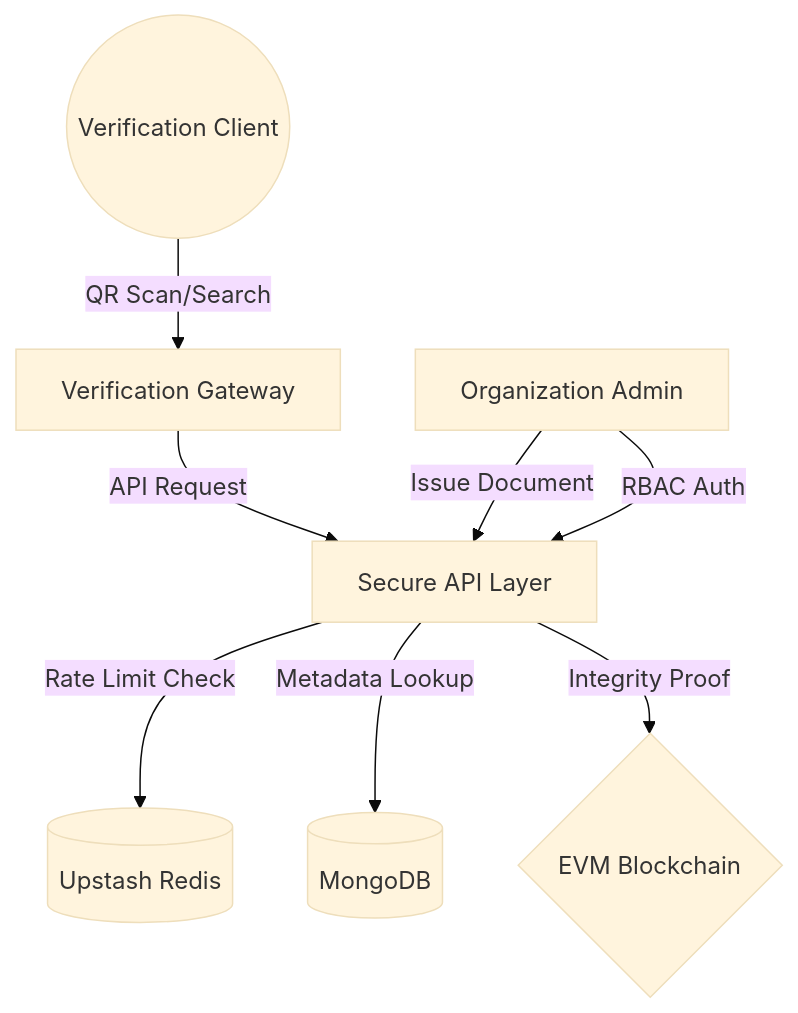
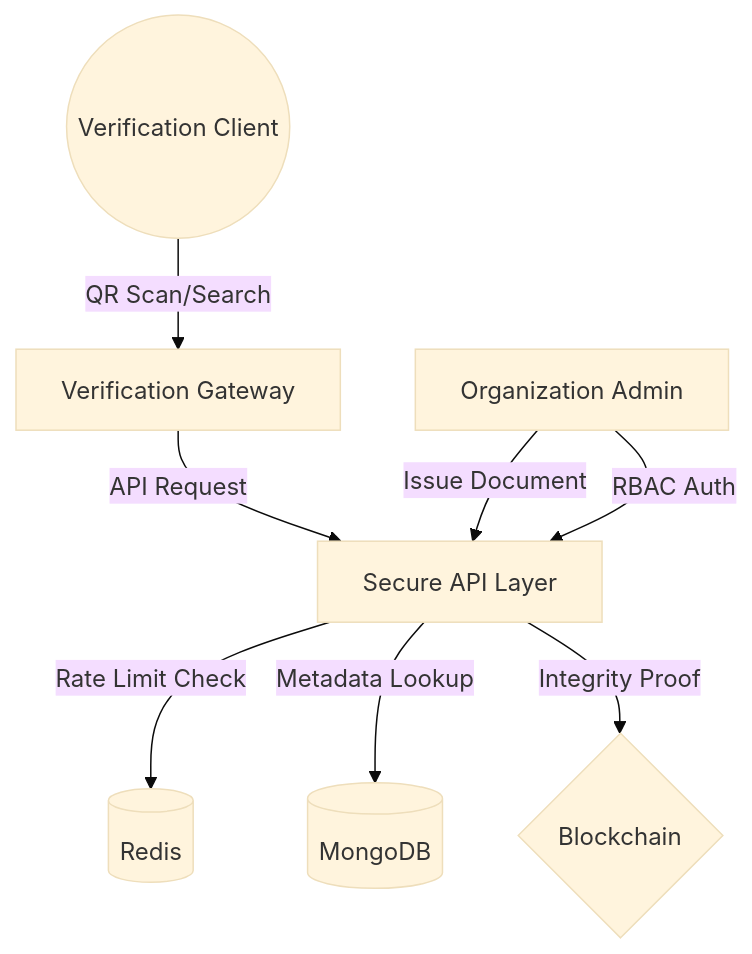
The diagram in README.md (me-athxrva/ether-vault), drawn with Mermaid (base theme) before and after one commit.

Commit message:
modified: readme.md

````diff
--- a/README.md
+++ b/README.md
@@ -48,10 +48,10 @@
 ```mermaid
 graph TD
     User((Verification Client)) -->|QR Scan/Search| VUI[Verification Gateway]
     VUI -->|API Request| SRV[Secure API Layer]
-    SRV -->|Rate Limit Check| RDS[(Upstash Redis)]
+    SRV -->|Rate Limit Check| RDS[(Redis)]
     SRV -->|Metadata Lookup| DB[(MongoDB)]
-    SRV -->|Integrity Proof| BC{EVM Blockchain}
+    SRV -->|Integrity Proof| BC{Blockchain}
     Org[Organization Admin] -->|Issue Document| SRV
     Org -->|RBAC Auth| SRV
 ```
````
